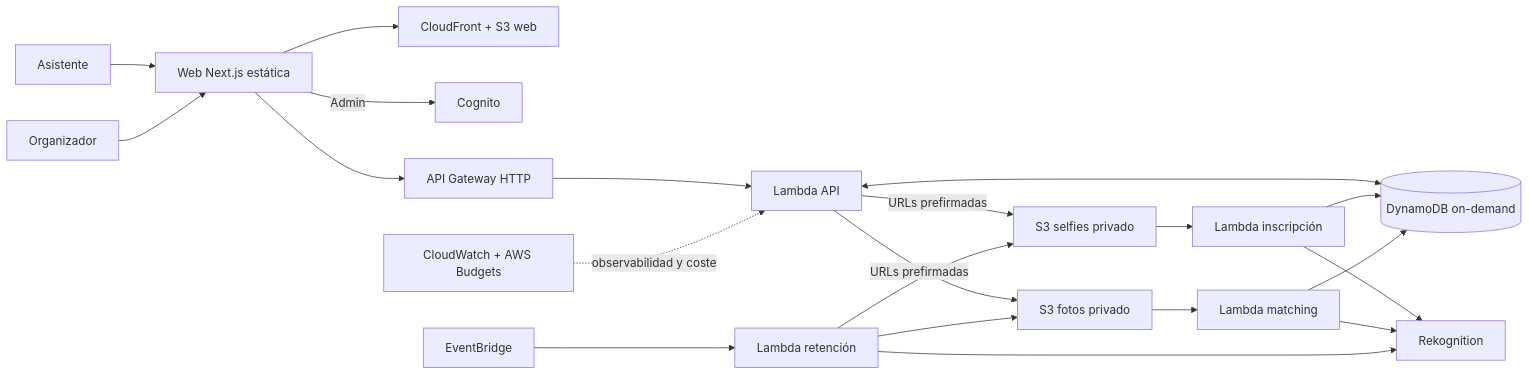
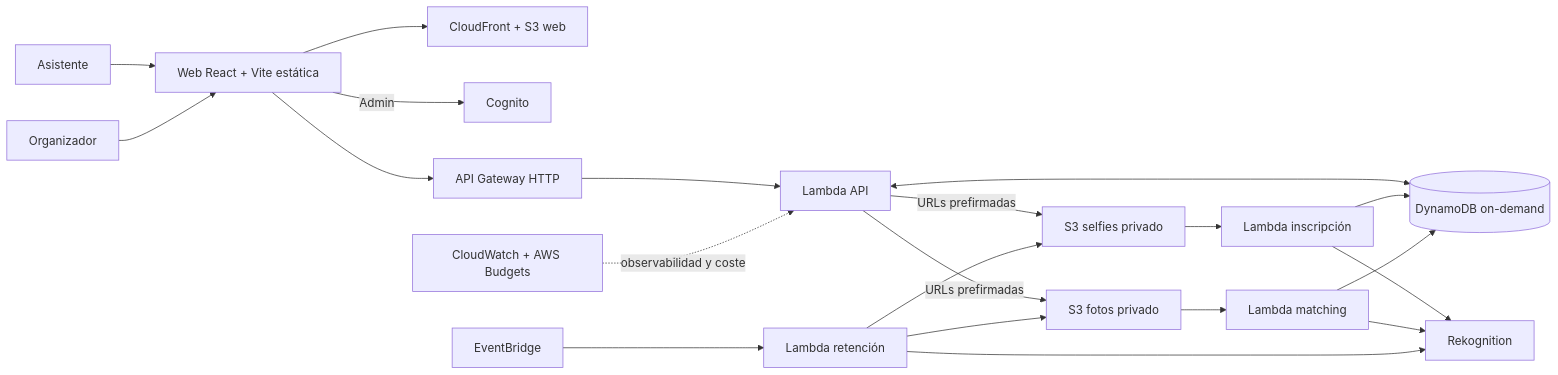
One commit to upc-malvaviscos/findly changed the diagram in README.md. Above: the diagram before and after it, drawn with Mermaid. The commit also changed 36 other files, not shown here.

````diff
--- a/README.md
+++ b/README.md
@@ -14,23 +14,23 @@
 ```mermaid
 flowchart LR
-  A[Asistente] --> W[Web Next.js estática]
+  A[Asistente] --> W[Web React + Vite estática]
   O[Organizador] --> W
   W --> CF[CloudFront + S3 web]
   W -->|Admin| C[Cognito]
   W --> G[API Gateway HTTP]
   G --> API[Lambda API]
   API <--> D[(DynamoDB on-demand)]
   API -->|URLs prefirmadas| S1[S3 selfies privado]
   API -->|URLs prefirmadas| S2[S3 fotos privado]
   S1 --> E[Lambda inscripción]
   E --> R[Rekognition]
   S2 --> M[Lambda matching]
   M --> R
   E --> D
   M --> D
   EB[EventBridge] --> X[Lambda retención]
   X --> S1
   X --> S2
   X --> R
   CW[CloudWatch + AWS Budgets] -. observabilidad y coste .-> API
 ```
````
